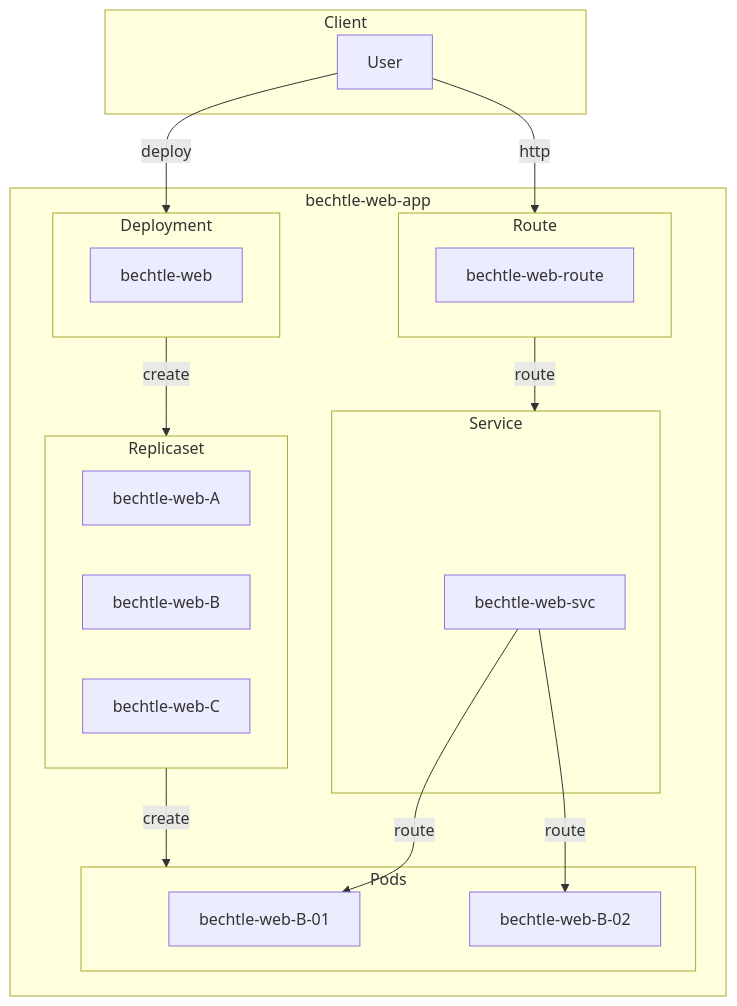
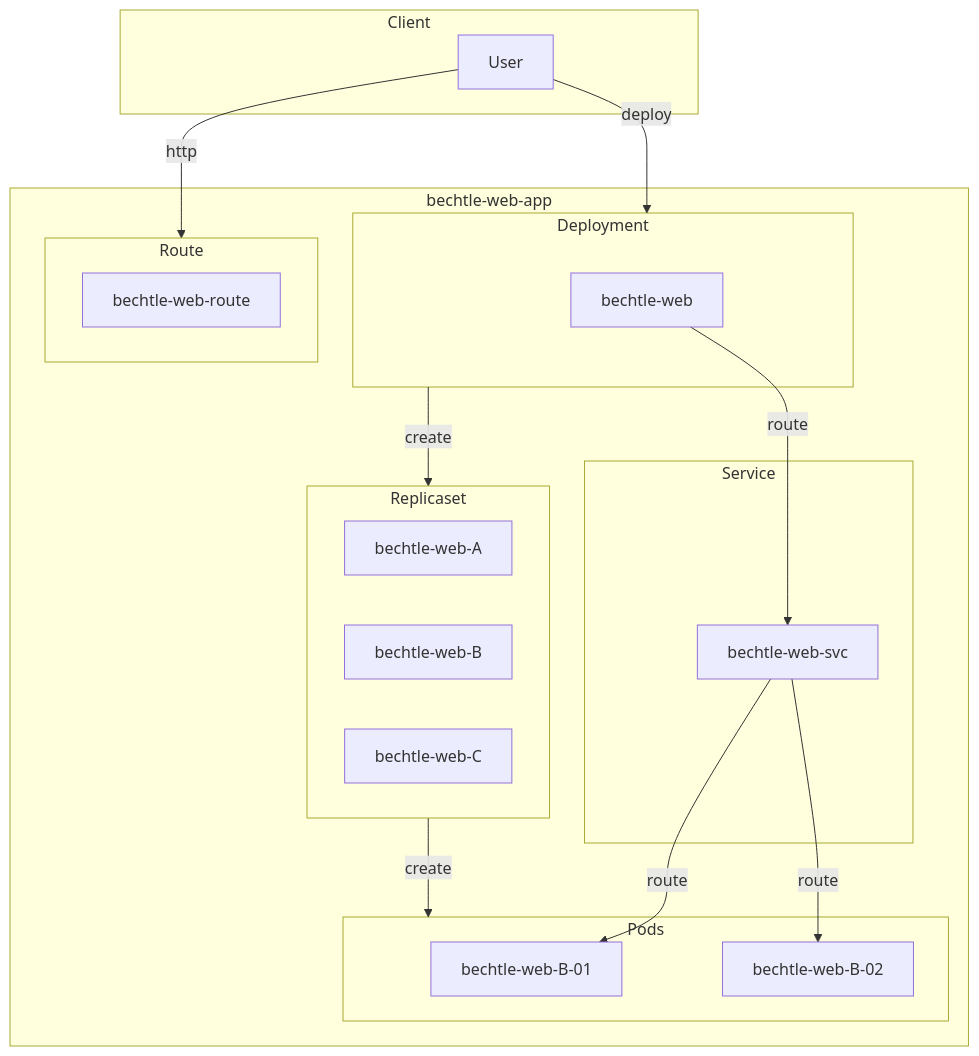
One commit to tkops/bechtle changed the second of 2 diagrams in README.md. Above: the diagram before and after it, drawn with Mermaid.

````diff
--- a/README.md
+++ b/README.md
@@ -28,33 +28,33 @@
 ```mermaid
 flowchart TD
   subgraph app[bechtle-web-app]
     subgraph deploy[Deployment]
       bechtle-web
     end
     subgraph rs[Replicaset]
       bechtle-web-A
       bechtle-web-B
       bechtle-web-C
     end
     subgraph pod[Pods]
       pod1[bechtle-web-B-01]
       pod2[bechtle-web-B-02]
     end
     subgraph svc[Service]
       svc1[bechtle-web-svc]
     end
     subgraph route[Route]
       bechtle-web-route
     end
   end
   subgraph client[Client]
     user[User]
   end
   user --http--> route
   user --deploy-->deploy
   deploy -- create --> rs
   rs -- create --> pod
-  route -- route --> svc
+  bechtle-web -- route --> svc1
   svc1 -- route --> pod1
   svc1 -- route --> pod2
 ```
````
